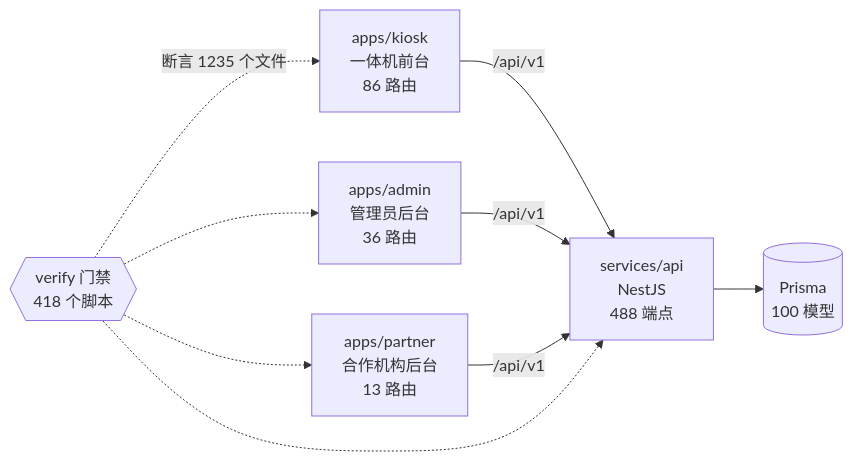
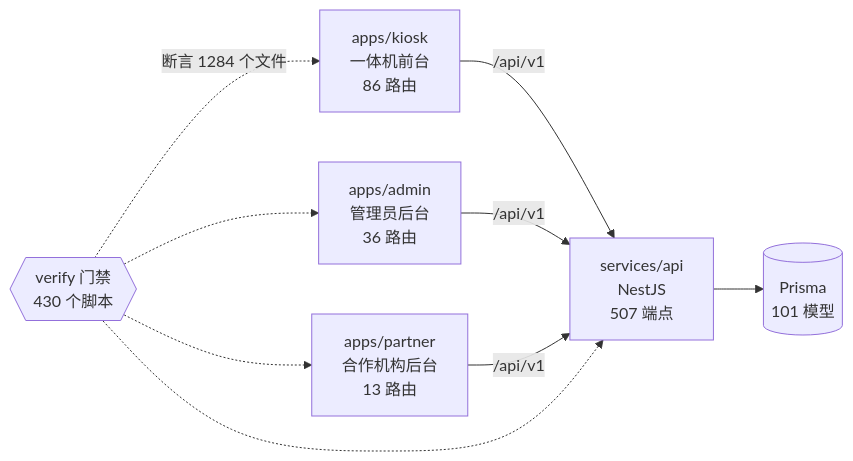
Before and after one commit to wanglei581/YITIJI: the diagram in docs/graph/README.md, drawn with Mermaid. The commit also changed other lines of this file and 24 other files, not shown here.

````diff
--- a/docs/graph/README.md
+++ b/docs/graph/README.md
@@ -68,18 +68,18 @@
 ```mermaid
 flowchart LR
   kiosk["apps/kiosk<br/>一体机前台<br/>86 路由"]
   admin["apps/admin<br/>管理员后台<br/>36 路由"]
   partner["apps/partner<br/>合作机构后台<br/>13 路由"]
-  api["services/api<br/>NestJS<br/>488 端点"]
-  db[("Prisma<br/>100 模型")]
-  gates{{"verify 门禁<br/>418 个脚本"}}
+  api["services/api<br/>NestJS<br/>507 端点"]
+  db[("Prisma<br/>101 模型")]
+  gates{{"verify 门禁<br/>430 个脚本"}}
 
   kiosk -->|"/api/v1"| api
   admin -->|"/api/v1"| api
   partner -->|"/api/v1"| api
   api --> db
-  gates -.->|"断言 1235 个文件"| kiosk
+  gates -.->|"断言 1284 个文件"| kiosk
   gates -.-> admin
   gates -.-> partner
   gates -.-> api
 ```
````
